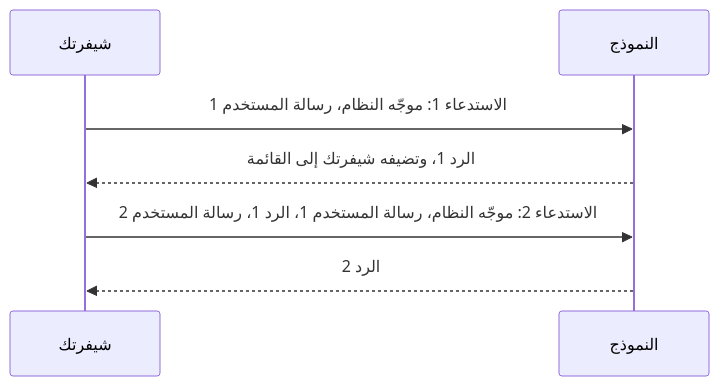
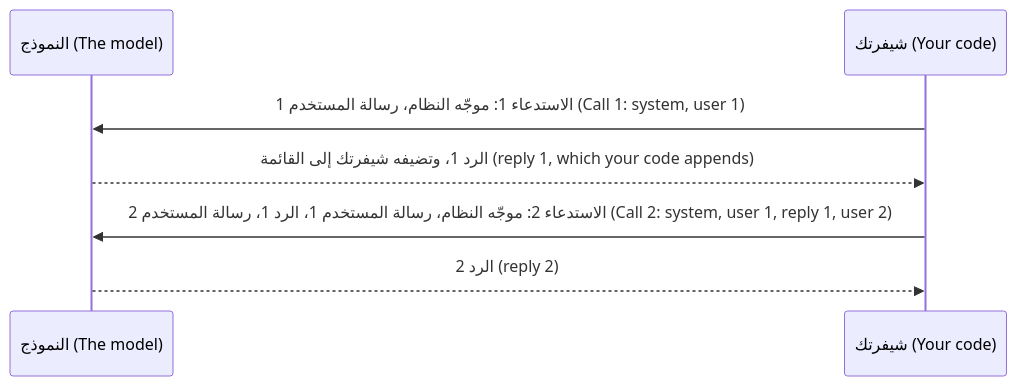
Before and after one commit to Tamoura/system-design-for-vibe-coders: the first of 2 diagrams in aiapps/modules/01-llm-app.ar.md, drawn with Mermaid. The commit also changed other lines of this file and 17 other files, not shown here.

First line of the commit message:
AI applications & agents: Arabic edition complete (RTL diagrams, diagram glosses, translated 60-question exam)

````diff
--- a/aiapps/modules/01-llm-app.ar.md
+++ b/aiapps/modules/01-llm-app.ar.md
@@ -30,9 +30,9 @@
 ```mermaid
 sequenceDiagram
-    participant C as شيفرتك
-    participant M as النموذج
-    C->>M: الاستدعاء 1: موجّه النظام، رسالة المستخدم 1
-    M-->>C: الرد 1، وتضيفه شيفرتك إلى القائمة
-    C->>M: الاستدعاء 2: موجّه النظام، رسالة المستخدم 1، الرد 1، رسالة المستخدم 2
-    M-->>C: الرد 2
+    participant M as النموذج (The model)
+    participant C as شيفرتك (Your code)
+    C->>M: الاستدعاء 1: موجّه النظام، رسالة المستخدم 1 (Call 1: system, user 1)
+    M-->>C: الرد 1، وتضيفه شيفرتك إلى القائمة (reply 1, which your code appends)
+    C->>M: الاستدعاء 2: موجّه النظام، رسالة المستخدم 1، الرد 1، رسالة المستخدم 2 (Call 2: system, user 1, reply 1, user 2)
+    M-->>C: الرد 2 (reply 2)
 ```
````
